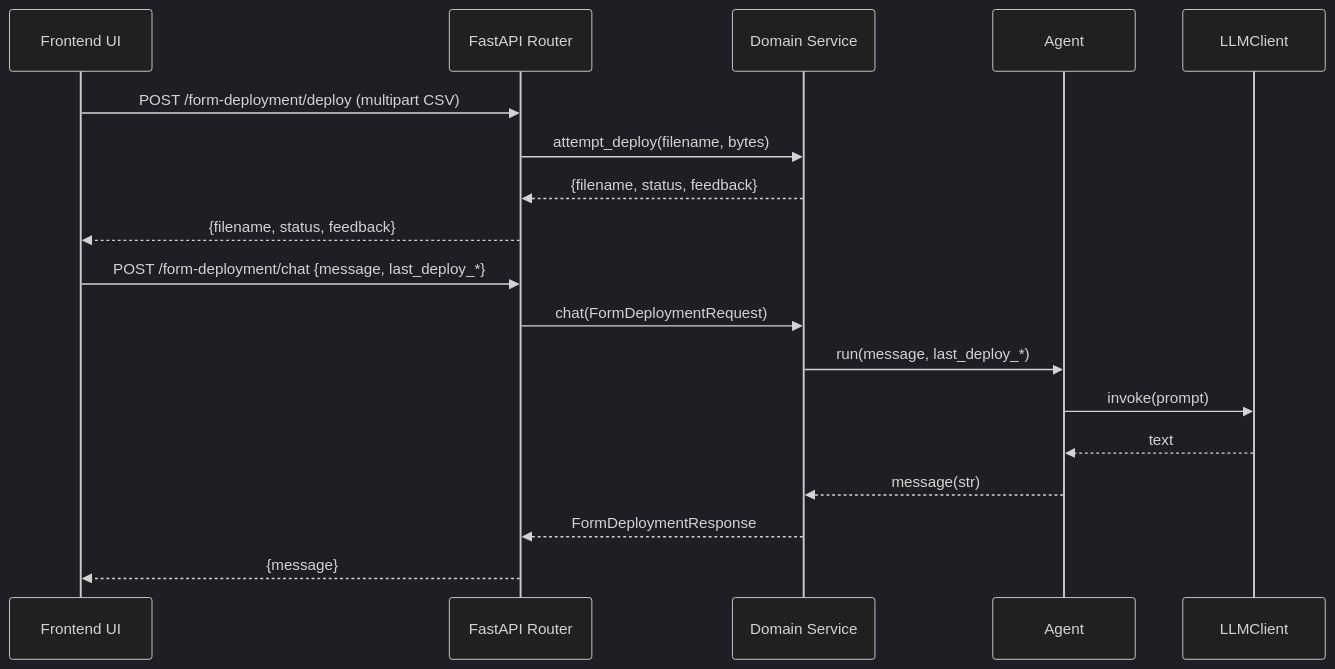
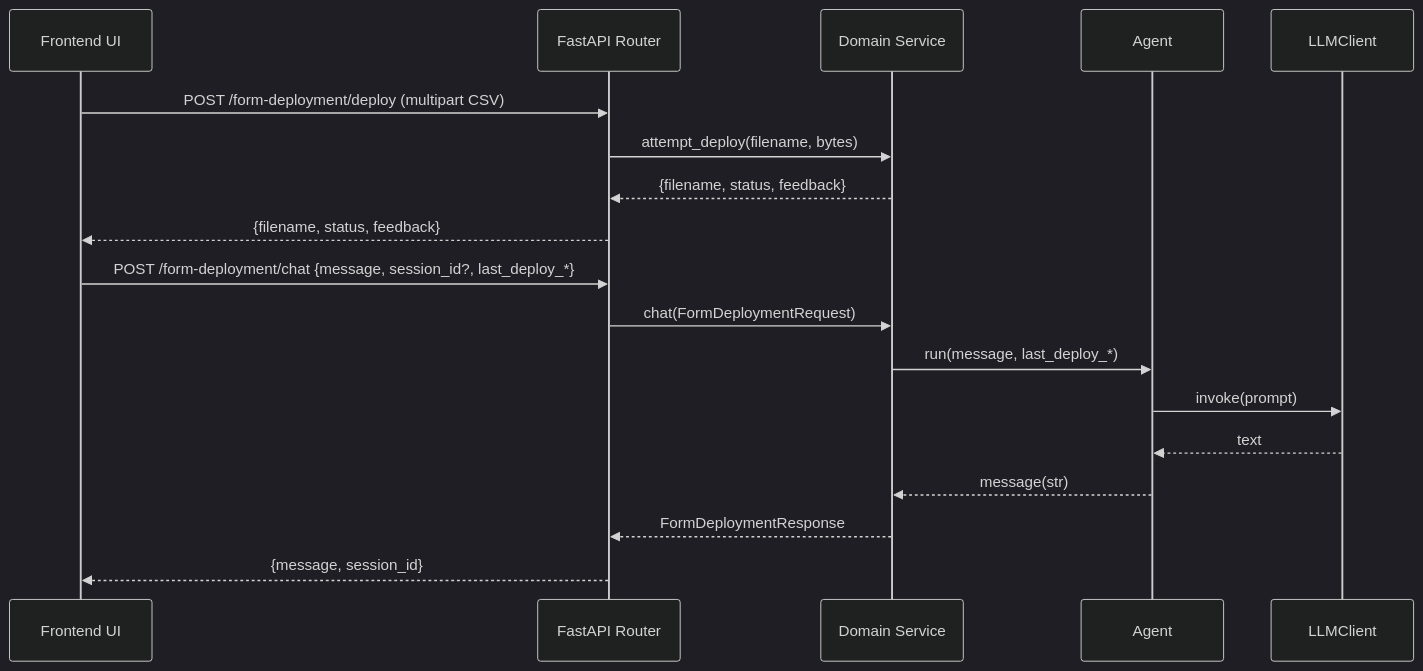
Before and after one commit to genilab/sensible-forms: the third of 3 diagrams in docs/example-data-flow.md, drawn with Mermaid (dark theme). The commit also changed other lines of this file and 48 other files, not shown here.

First line of the commit message:
OwlChat API and LangChain Integration w/ Memory Checkpointing

````diff
--- a/docs/example-data-flow.md
+++ b/docs/example-data-flow.md
@@ -91,22 +100,22 @@
 ```mermaid
 sequenceDiagram
   participant UI as Frontend UI
   participant API as FastAPI Router
   participant SVC as Domain Service
   participant AG as Agent
   participant LLM as LLMClient
 
   UI->>API: POST /form-deployment/deploy (multipart CSV)
   API->>SVC: attempt_deploy(filename, bytes)
   SVC-->>API: {filename, status, feedback}
   API-->>UI: {filename, status, feedback}
 
-  UI->>API: POST /form-deployment/chat {message, last_deploy_*}
+  UI->>API: POST /form-deployment/chat {message, session_id?, last_deploy_*}
   API->>SVC: chat(FormDeploymentRequest)
   SVC->>AG: run(message, last_deploy_*)
   AG->>LLM: invoke(prompt)
   LLM-->>AG: text
   AG-->>SVC: message(str)
   SVC-->>API: FormDeploymentResponse
-  API-->>UI: {message}
+  API-->>UI: {message, session_id}
 ```
````
